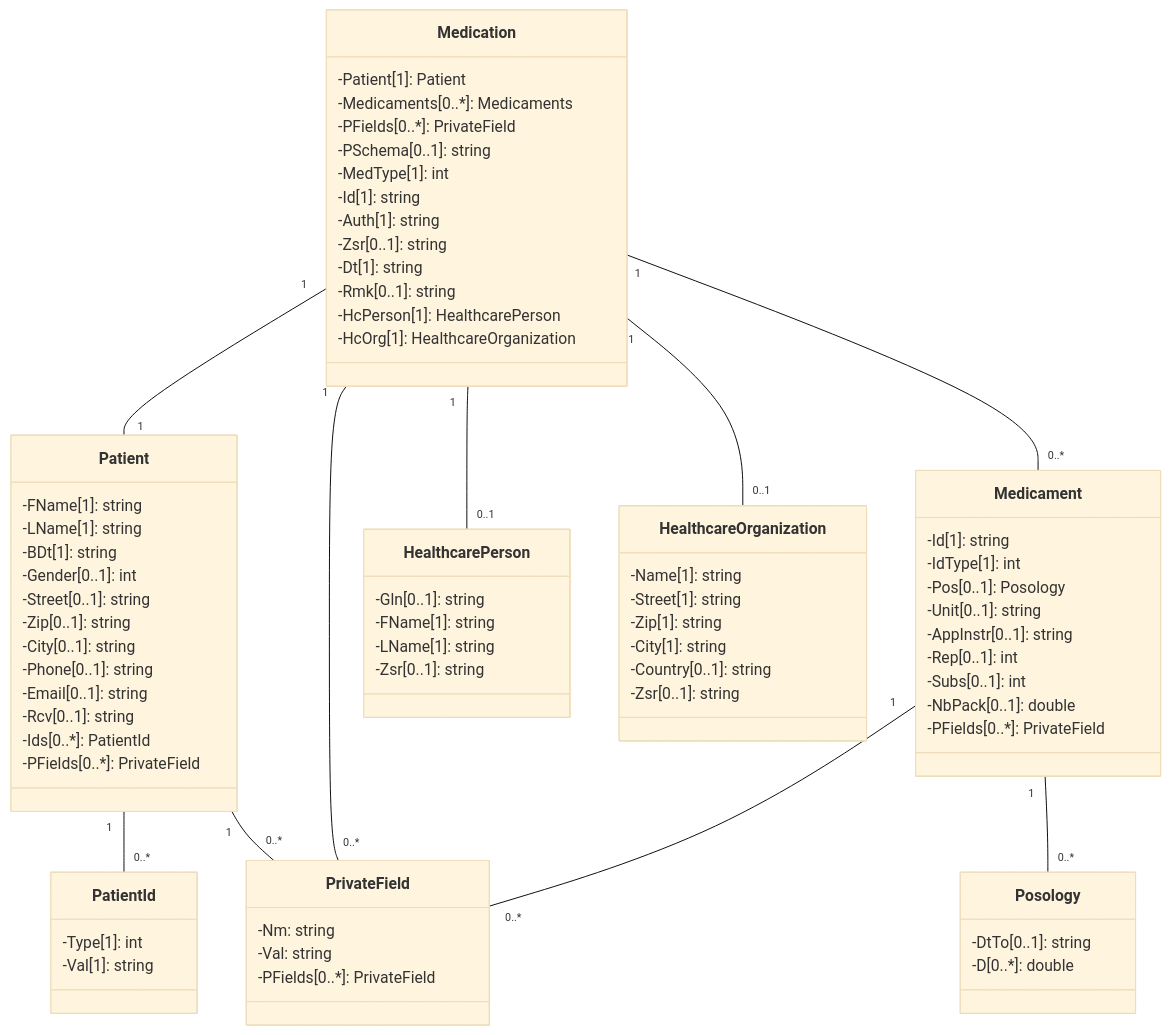
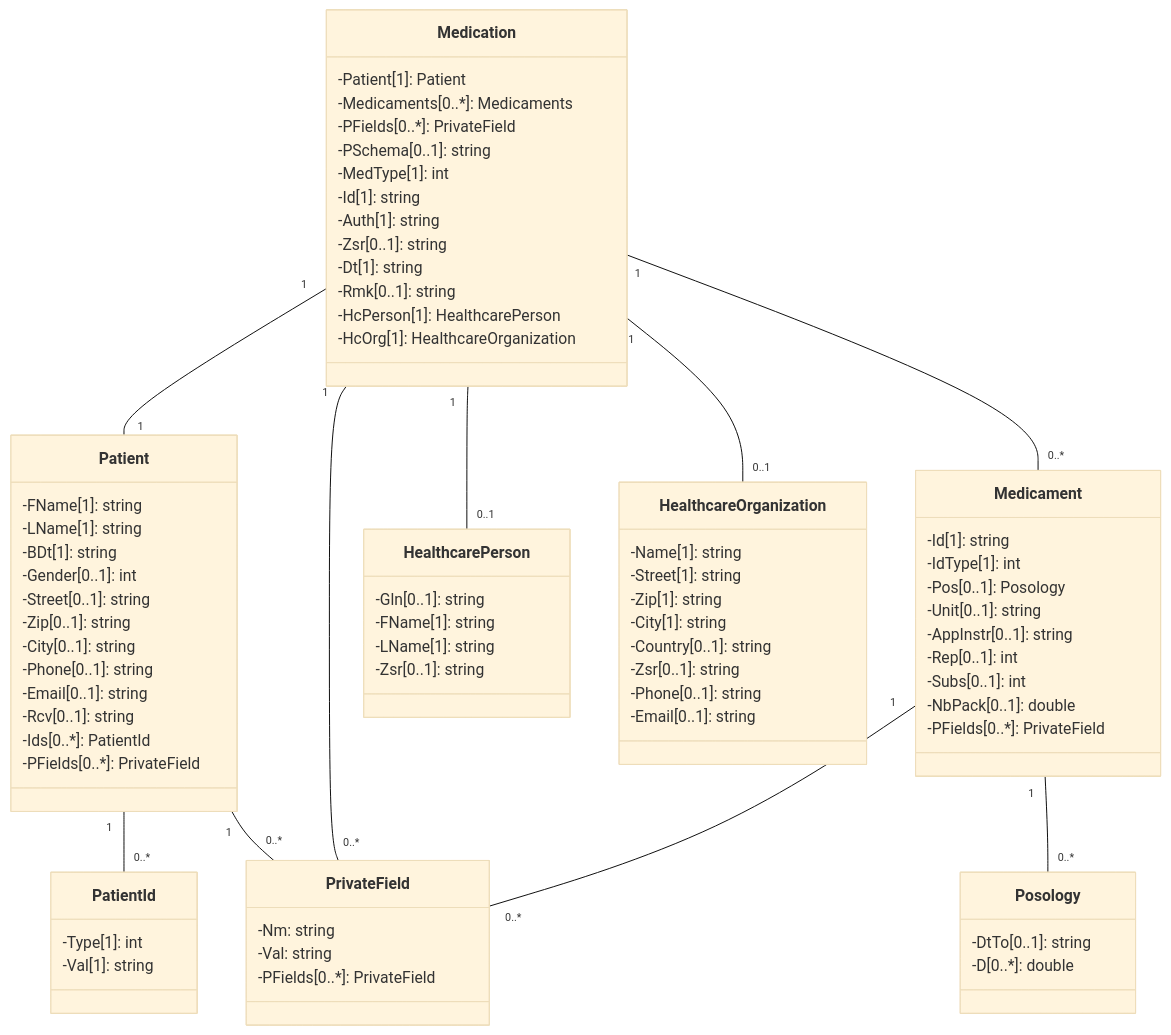
The diagram in chmed16r/README.md (ig-emediplan/specification), drawn with Mermaid (base theme) before and after one commit. The commit also changed other lines of this file, not shown here.

Commit message:
add phone and email address to healthcare organization

```diff
--- a/chmed16r/README.md
+++ b/chmed16r/README.md
@@ -136,6 +136,8 @@
         -City[1]: string
         -Country[0..1]: string
         -Zsr[0..1]: string
+        -Phone[0..1]: string
+        -Email[0..1]: string
     }
 
     Patient "1" -- "0..*" PatientId
```
